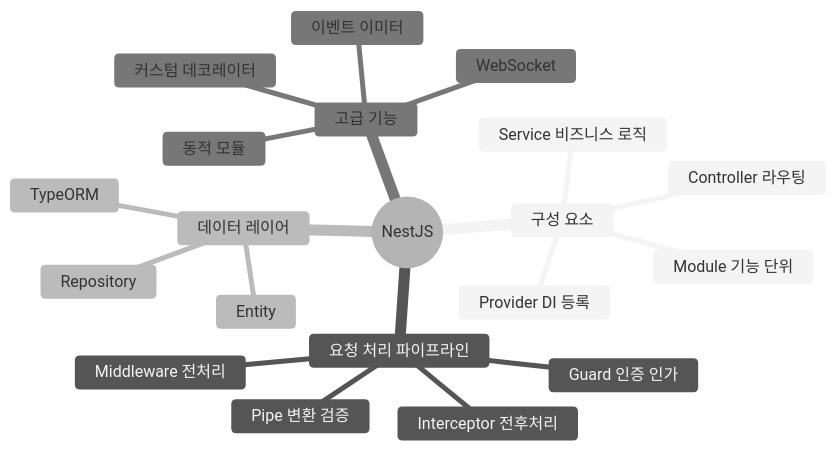
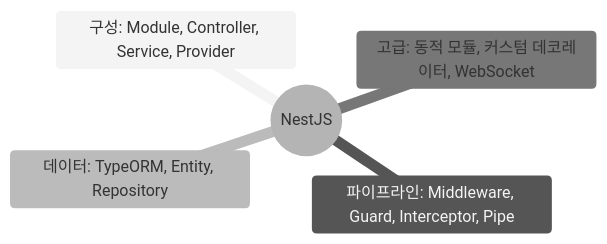
Before and after one commit to yjkim2015/yjkim2015.github.io: the fourth of 4 diagrams in _posts/frontend/2026-05-02-nestjs-fundamentals.md, drawn with Mermaid (neutral theme). The commit also changed other lines of this file and 215 other files, not shown here.

First line of the commit message:
신규 포스트 10개 추가 + Mermaid 전면 축소 + SystemDesign 시리즈 보강

````diff
--- a/_posts/frontend/2026-05-02-nestjs-fundamentals.md
+++ b/_posts/frontend/2026-05-02-nestjs-fundamentals.md
@@ -388,23 +346,8 @@
 ```mermaid
 mindmap
   root((NestJS))
-    구성 요소
-      Module 기능 단위
-      Controller 라우팅
-      Service 비즈니스 로직
-      Provider DI 등록
-    요청 처리 파이프라인
-      Middleware 전처리
-      Guard 인증 인가
-      Interceptor 전후처리
-      Pipe 변환 검증
-    데이터 레이어
-      TypeORM
-      Entity
-      Repository
-    고급 기능
-      동적 모듈
-      커스텀 데코레이터
-      이벤트 이미터
-      WebSocket
+    구성: Module, Controller, Service, Provider
+    파이프라인: Middleware, Guard, Interceptor, Pipe
+    데이터: TypeORM, Entity, Repository
+    고급: 동적 모듈, 커스텀 데코레이터, WebSocket
 ```
````
